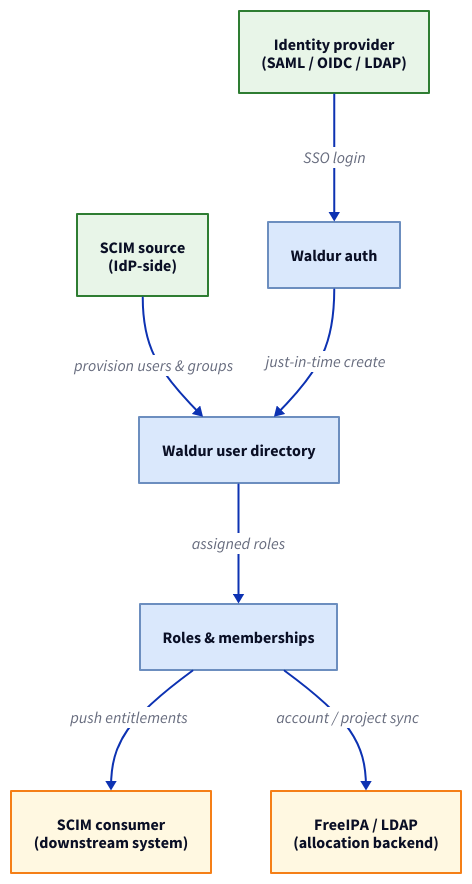
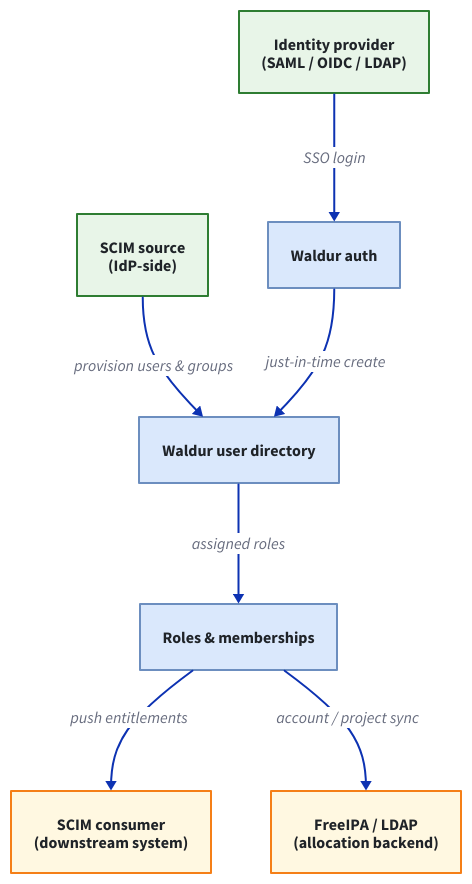
One commit to waldur/waldur-docs changed the diagram in docs/about/concepts/identity.md. Above: the diagram before and after it, drawn with D2. The commit also changed 51 other files, not shown here.

Commit message:
Group docs navigation into reader-task tabs, fix dead links and unreadable diagrams [#30] [#31]

````diff
--- a/docs/about/concepts/identity.md
+++ b/docs/about/concepts/identity.md
@@ -9,25 +9,25 @@
 ```d2
 direction: down
 classes: {
-  ext:    { style: { fill: "#e8f5e8"; stroke: "#2e7d32" } }
-  waldur: { style: { fill: "#dae8fc"; stroke: "#6c8ebf" } }
-  down:   { style: { fill: "#fff8e1"; stroke: "#f57f17" } }
+  ext:    { style: { fill: "#e8f5e8"; font-color: "#1f2328"; stroke: "#2e7d32" } }
+  waldur: { style: { fill: "#dae8fc"; font-color: "#1f2328"; stroke: "#6c8ebf" } }
+  down:   { style: { fill: "#fff8e1"; font-color: "#1f2328"; stroke: "#f57f17" } }
 }
 
 idp: Identity provider\n(SAML / OIDC / LDAP) { class: ext }
 scim_in: SCIM source\n(IdP-side) { class: ext }
 
 waldur_auth: Waldur auth { class: waldur }
 waldur_users: Waldur user directory { class: waldur }
 waldur_groups: Roles & memberships { class: waldur }
 
 scim_out: SCIM consumer\n(downstream system) { class: down }
 freeipa: FreeIPA / LDAP\n(allocation backend) { class: down }
 
 idp -> waldur_auth: SSO login
 scim_in -> waldur_users: provision users & groups
 waldur_auth -> waldur_users: just-in-time create
 waldur_users -> waldur_groups: assigned roles
 waldur_groups -> scim_out: push entitlements
 waldur_groups -> freeipa: account / project sync
 ```
````
